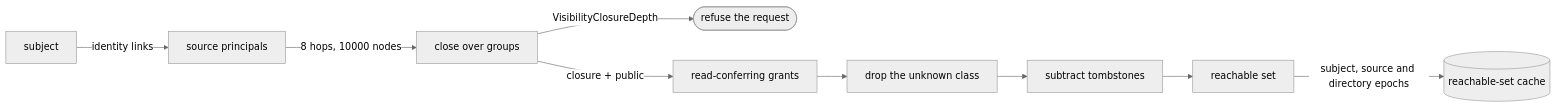
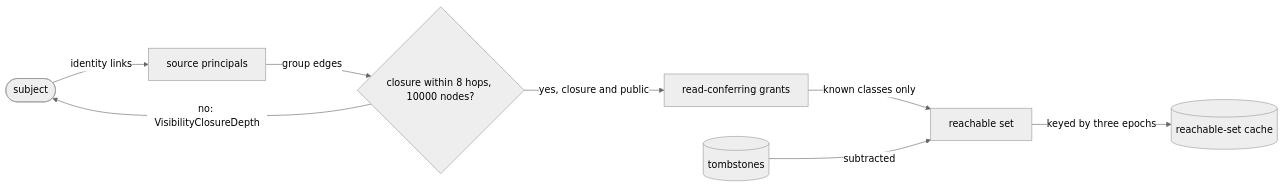
One commit to fractalboxdev/contextful changed the second of 2 diagrams in spec/60-visibility.md. Above: the diagram before and after it, drawn with Mermaid (neutral theme). The commit also changed other lines of this file and 31 other files, not shown here.

First line of the commit message:
spec: every diagram draws things as nodes and what flows as labelled edges

````diff
--- a/spec/60-visibility.md
+++ b/spec/60-visibility.md
@@ -93,11 +90,10 @@
 ```mermaid
 flowchart LR
-  S["subject"] -- "identity links" --> SP["source principals"]
-  SP -- "8 hops, 10000 nodes" --> GC["close over groups"]
-  GC -- "VisibilityClosureDepth" --> E1(["refuse the request"])
-  GC -- "closure + public" --> RES["read-conferring grants"]
-  RES --> UNK["drop the unknown class"]
-  UNK --> TOMB["subtract tombstones"]
-  TOMB --> SET["reachable set"]
-  SET -- "subject, source and directory epochs" --> CACHE[("reachable-set cache")]
+  S(["subject"]) -->|"identity links"| SP["source principals"]
+  SP -->|"group edges"| DEPTH{"closure within 8 hops, 10000 nodes?"}
+  DEPTH -->|"no: VisibilityClosureDepth"| S
+  DEPTH -->|"yes, closure and public"| GR["read-conferring grants"]
+  GR -->|"known classes only"| RSET["reachable set"]
+  TOMB[("tombstones")] -->|"subtracted"| RSET
+  RSET -->|"keyed by three epochs"| CACHE[("reachable-set cache")]
 ```
````
